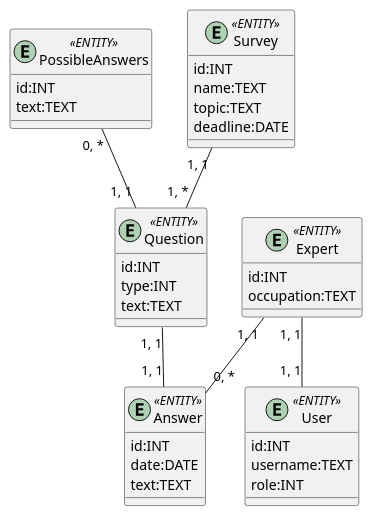
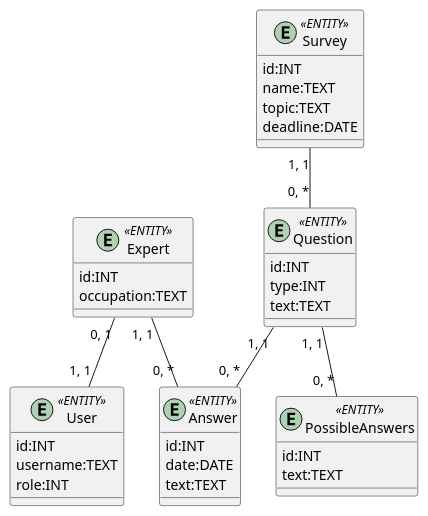
One commit to anrysliusar/SurvExp changed the diagram in src/uml/business-models/ER.puml. Above: the diagram before and after it, drawn with PlantUML.

```diff
--- a/src/uml/business-models/ER.puml
+++ b/src/uml/business-models/ER.puml
@@ -1,44 +1,44 @@
 @startuml
 
   entity User <<ENTITY>> {
     id:INT
     username:TEXT
     role:INT
   }
   
   entity Expert <<ENTITY>>{
     id:INT
     occupation:TEXT
   }
   
   entity Survey <<ENTITY>>{
     id:INT
     name:TEXT
     topic:TEXT
     deadline:DATE
   }
   
   entity Question <<ENTITY>>{
     id:INT
     type:INT
     text:TEXT
   }
 
   entity Answer <<ENTITY>> {
     id:INT
     date:DATE
     text:TEXT
   }
   
   entity PossibleAnswers <<ENTITY>> {
     id:INT
     text:TEXT
   }
 
-  Question "1, *" -u- "1, 1" Survey
-  User "1, 1" -u- "1, 1" Expert
-  Answer "1, 1" -u- "1, 1" Question
+  Question "0, *" -u- "1, 1" Survey
+  User "1, 1" -u- "0, 1" Expert
+  Answer "0, *" -u- "1, 1" Question
   Answer "0, *" -u- "1, 1" Expert
-  Question "1, 1" -u- "0, *" PossibleAnswers
+  PossibleAnswers "0, *" -u- "1, 1" Question
       
 @enduml
```
